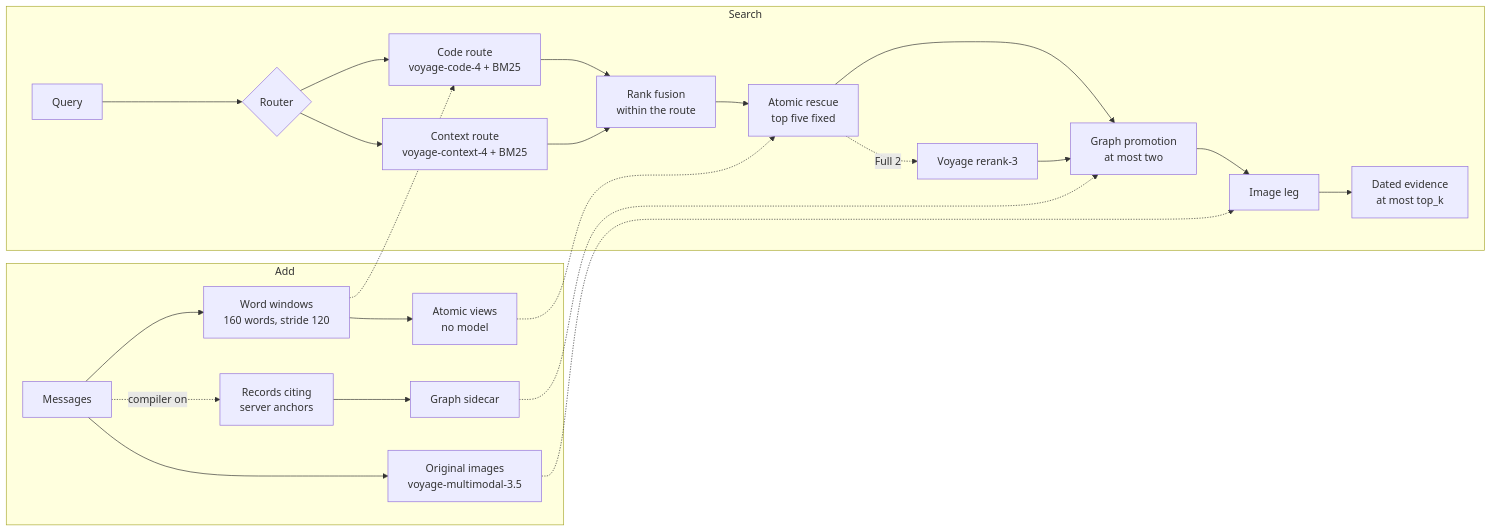
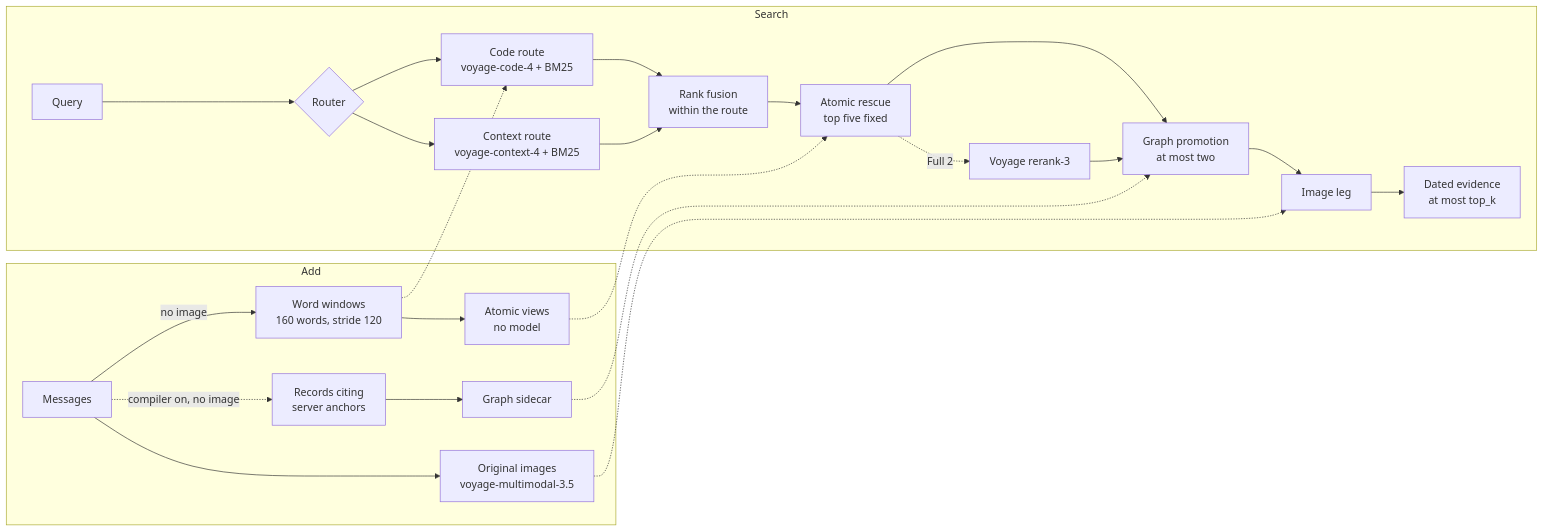
The diagram in docs/RECALL_HOSTED_INTEGRATION.md (GiulioDER/RE-call), drawn with Mermaid before and after one commit. The commit also changed other lines of this file, not shown here.

````diff
--- a/docs/RECALL_HOSTED_INTEGRATION.md
+++ b/docs/RECALL_HOSTED_INTEGRATION.md
@@ -21,27 +21,27 @@
 ```mermaid
 flowchart LR
   subgraph add["Add"]
-    msgs["Messages"] --> win["Word windows<br/>160 words, stride 120"]
+    msgs["Messages"] -- "no image" --> win["Word windows<br/>160 words, stride 120"]
     win --> views["Atomic views<br/>no model"]
-    msgs -. "compiler on" .-> rec["Records citing<br/>server anchors"]
+    msgs -. "compiler on, no image" .-> rec["Records citing<br/>server anchors"]
     rec --> grf["Graph sidecar"]
     msgs --> img["Original images<br/>voyage-multimodal-3.5"]
   end
   subgraph search["Search"]
     q["Query"] --> route{"Router"}
     route --> code["Code route<br/>voyage-code-4 + BM25"]
     route --> ctx["Context route<br/>voyage-context-4 + BM25"]
     code --> fuse["Rank fusion<br/>within the route"]
     ctx --> fuse
     fuse --> lift["Atomic rescue<br/>top five fixed"]
     lift -. "Full 2" .-> rr["Voyage rerank-3"]
     lift --> promote["Graph promotion<br/>at most two"]
     rr --> promote
     promote --> leg["Image leg"]
     leg --> out["Dated evidence<br/>at most top_k"]
   end
   win -.-> code
   views -.-> lift
   grf -.-> promote
   img -.-> leg
 ```
````
